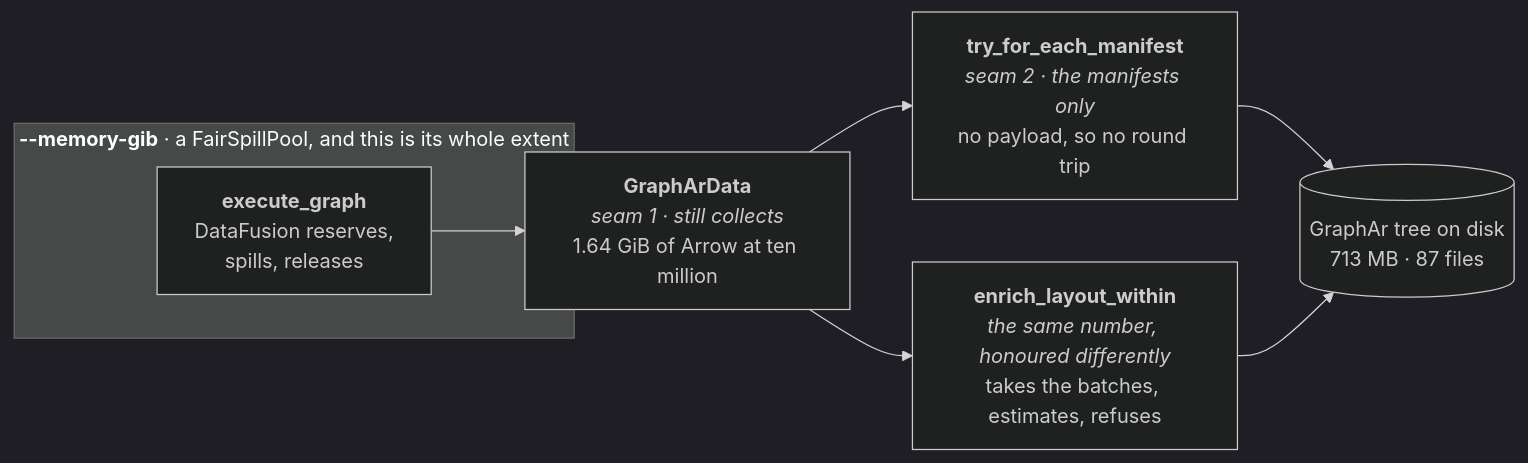
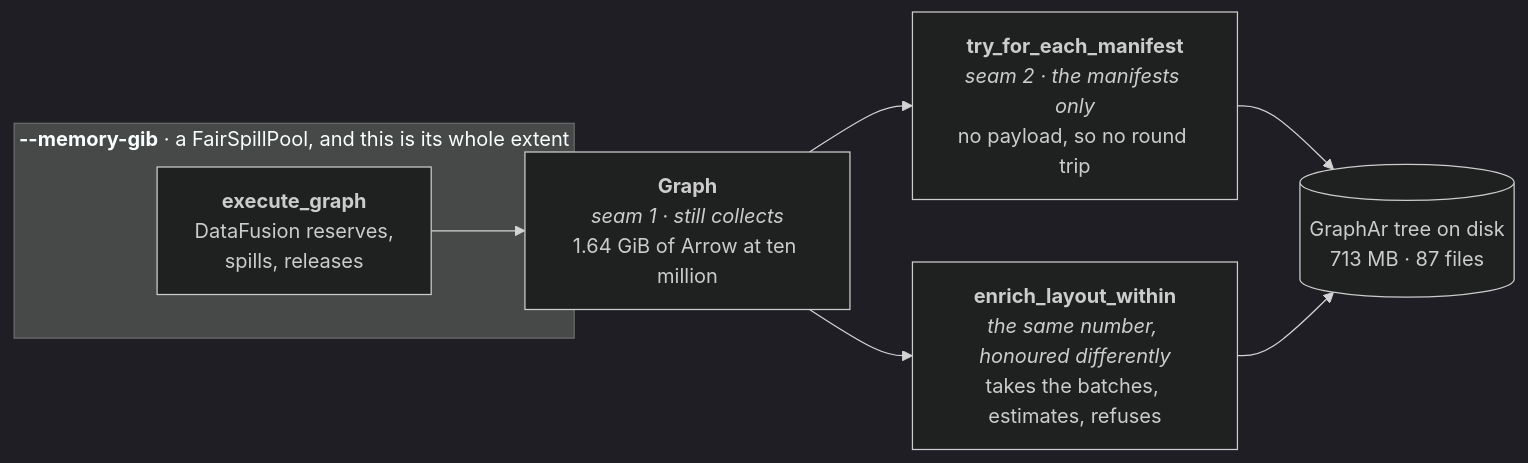
One commit to Kanzo-Tech/fossil-lang changed the diagram in docs/content/docs/design/later/streaming.mdx. Above: the diagram before and after it, drawn with Mermaid (dark theme). The commit also changed other lines of this file and 16 other files, not shown here.

First line of the commit message:
refactor: the GraphAr names fossil/1 left behind go

````diff
--- a/docs/content/docs/design/later/streaming.mdx
+++ b/docs/content/docs/design/later/streaming.mdx
@@ -25,11 +25,11 @@
 ```mermaid
 graph LR
   subgraph POOL["<b>--memory-gib</b> · a FairSpillPool, and this is its whole extent"]
     X["<b>execute_graph</b><br/>DataFusion reserves,<br/>spills, releases"]
   end
-  X --> G["<b>GraphArData</b><br/><i>seam 1 · still collects</i><br/>1.64 GiB of Arrow at ten million"]
+  X --> G["<b>Graph</b><br/><i>seam 1 · still collects</i><br/>1.64 GiB of Arrow at ten million"]
   G --> F["<b>try_for_each_manifest</b><br/><i>seam 2 · the manifests only</i><br/>no payload, so no round trip"]
   G --> E["<b>enrich_layout_within</b><br/><i>the same number, honoured differently</i><br/>takes the batches, estimates, refuses"]
   F --> W[("GraphAr tree on disk<br/>713 MB · 87 files")]
   E --> W
 ```
````
